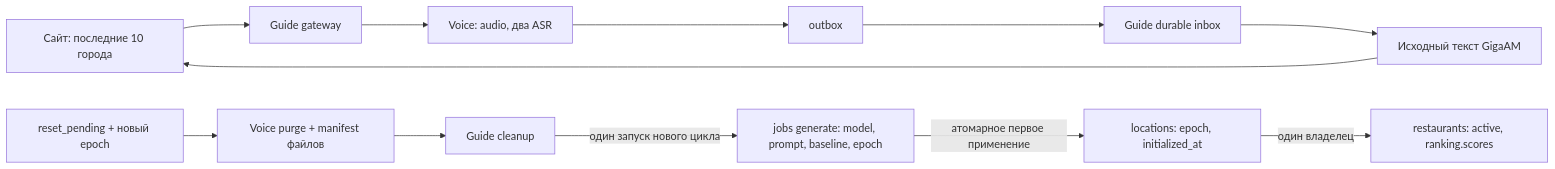
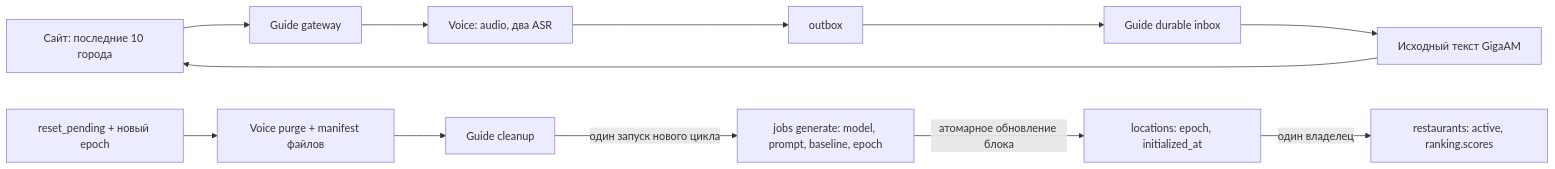
One commit to involtax/involta-guide changed the diagram in docs/CURRENT_STATE.md. Above: the diagram before and after it, drawn with Mermaid. The commit also changed other lines of this file and 54 other files, not shown here.

````diff
--- a/docs/CURRENT_STATE.md
+++ b/docs/CURRENT_STATE.md
@@ -64,14 +66,14 @@
 ```mermaid
 flowchart LR
     L[locations: epoch, initialized_at] -->|один владелец| R[restaurants: active, ranking.scores]
-    J[jobs generate: model, prompt, baseline, epoch] -->|атомарное первое применение| L
+    J[jobs generate: model, prompt, baseline, epoch] -->|атомарное обновление блока| L
     W[Виджет: blob, key, исходный epoch] --> G[Guide gateway]
     G --> V[Voice: audio, два ASR]
     V --> O[outbox]
     O --> I[Guide durable inbox]
     I --> P[Исходный текст GigaAM]
     P --> W[Сайт: последние 10 города]
     S[reset_pending + новый epoch] --> VP[Voice purge + manifest файлов]
     VP --> GP[Guide cleanup]
     GP -->|один запуск нового цикла| J
 ```
````
